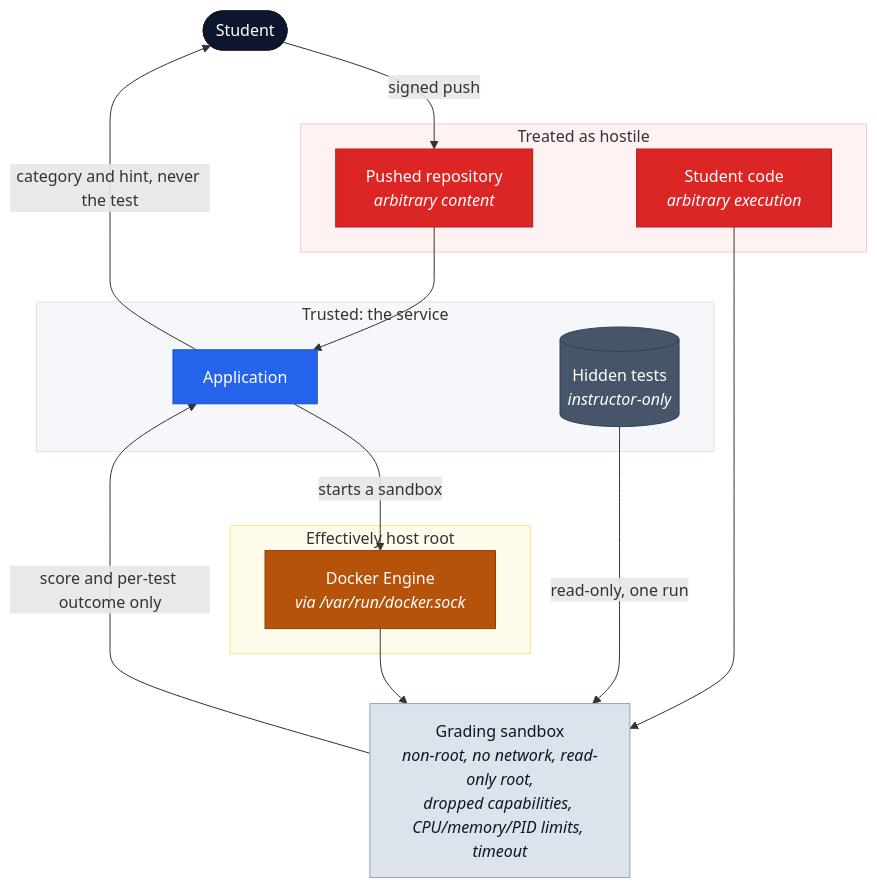
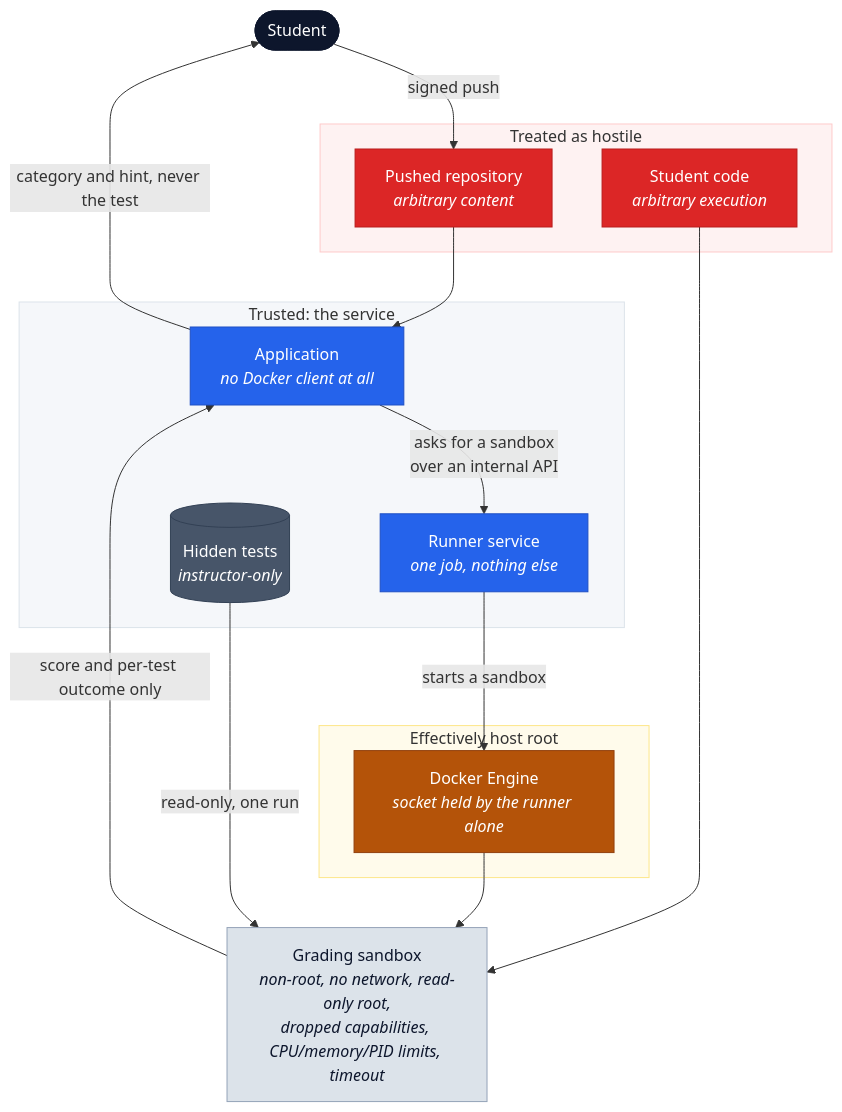
One commit to git-grader/gitgrader changed the diagram in docs/security.md. Above: the diagram before and after it, drawn with Mermaid. The commit also changed other lines of this file and 153 other files, not shown here.

````diff
--- a/docs/security.md
+++ b/docs/security.md
@@ -9,39 +9,41 @@
 ```mermaid
 flowchart TB
   student([Student]):::person
 
   subgraph hostile["Treated as hostile"]
     push["Pushed repository<br/><i>arbitrary content</i>"]:::bad
     code["Student code<br/><i>arbitrary execution</i>"]:::bad
   end
 
   subgraph service["Trusted: the service"]
-    app["Application"]:::good
+    app["Application<br/><i>no Docker client at all</i>"]:::good
+    runner["Runner service<br/><i>one job, nothing else</i>"]:::good
     hidden[("Hidden tests<br/><i>instructor-only</i>")]:::secret
   end
 
   subgraph danger["Effectively host root"]
-    engine["Docker Engine<br/><i>via /var/run/docker.sock</i>"]:::risk
+    engine["Docker Engine<br/><i>socket held by the runner alone</i>"]:::risk
   end
 
   sandbox["Grading sandbox<br/><i>non-root, no network, read-only root,<br/>dropped capabilities, CPU/memory/PID limits, timeout</i>"]:::box
 
   student -->|"signed push"| push
   push --> app
-  app -->|"starts a sandbox"| engine
+  app -->|"asks for a sandbox<br/>over an internal API"| runner
+  runner -->|"starts a sandbox"| engine
   engine --> sandbox
   code --> sandbox
   hidden -->|"read-only, one run"| sandbox
   sandbox -->|"score and per-test outcome only"| app
   app -->|"category and hint, never the test"| student
 
   classDef person fill:#0D162C,color:#fff,stroke:#0D162C
   classDef bad fill:#DC2626,color:#fff,stroke:#b91c1c
   classDef good fill:#2563EB,color:#fff,stroke:#1e4fc4
   classDef secret fill:#475569,color:#fff,stroke:#334155
   classDef risk fill:#B45309,color:#fff,stroke:#92400e
   classDef box fill:#DCE3EA,color:#0D162C,stroke:#94a3b8
   style hostile fill:#fef2f2,stroke:#fecaca
   style service fill:#F5F7FA,stroke:#DCE3EA
   style danger fill:#fffbeb,stroke:#fde68a
 ```
````
